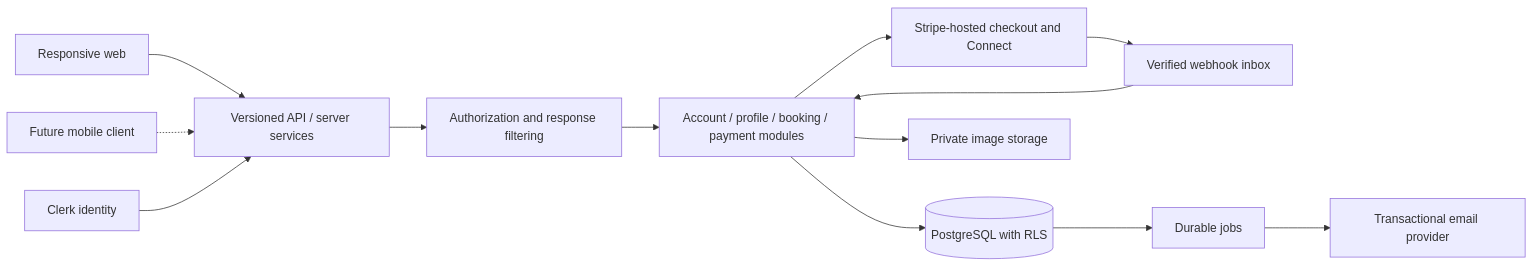
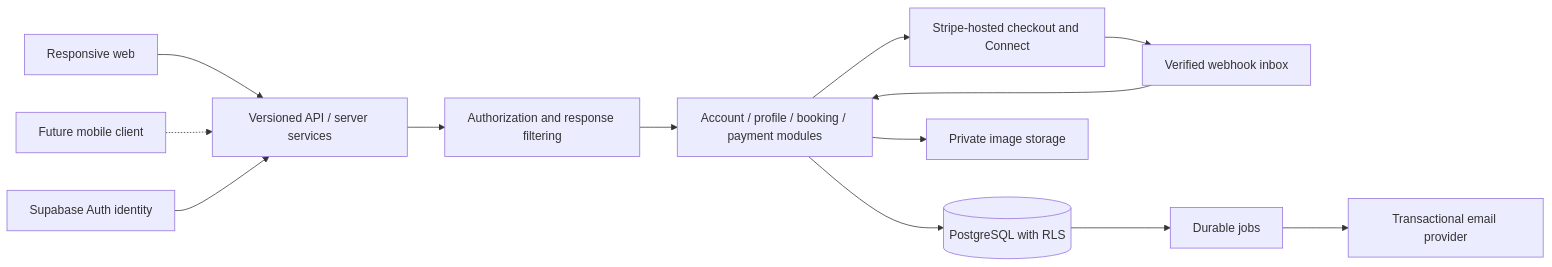
One commit to haroonayeni99-source/glohaus changed the first of 2 diagrams in docs/MVP-ARCHITECTURE.md. Above: the diagram before and after it, drawn with Mermaid. The commit also changed other lines of this file and 31 other files, not shown here.

````diff
--- a/docs/MVP-ARCHITECTURE.md
+++ b/docs/MVP-ARCHITECTURE.md
@@ -43,15 +43,15 @@
 ```mermaid
 flowchart LR
   Web[Responsive web] --> API[Versioned API / server services]
   Future[Future mobile client] -.-> API
-  Clerk[Clerk identity] --> API
+  Auth[Supabase Auth identity] --> API
   API --> Authz[Authorization and response filtering]
   Authz --> Domain[Account / profile / booking / payment modules]
   Domain --> DB[(PostgreSQL with RLS)]
   Domain --> Stripe[Stripe-hosted checkout and Connect]
   Domain --> Images[Private image storage]
   Stripe --> Inbox[Verified webhook inbox]
   Inbox --> Domain
   DB --> Jobs[Durable jobs]
   Jobs --> Email[Transactional email provider]
 ```
````
